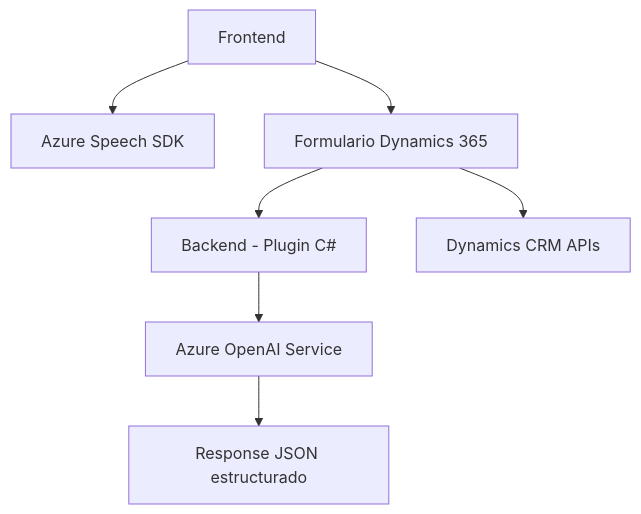
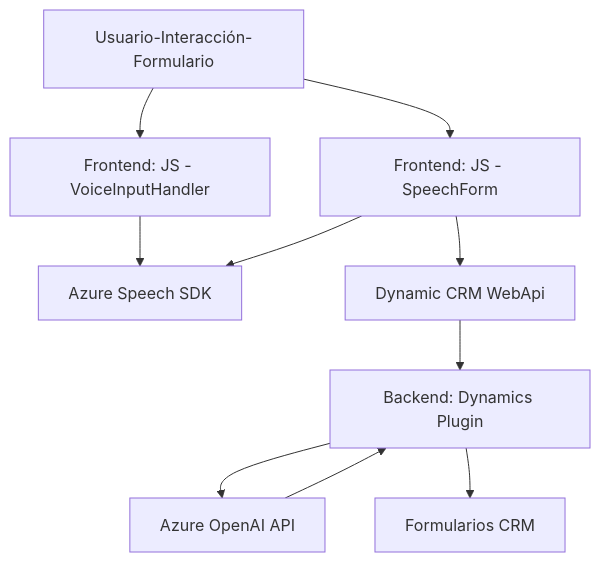
One commit to blopezdm/NETCORE_BILBAO2025 changed the diagram in README.md. Above: the diagram before and after it, drawn with Mermaid. The commit also changed other lines of this file, not shown here.

````diff
--- a/README.md
+++ b/README.md
@@ -30,9 +49,21 @@
 ```mermaid
 graph TD
-A["Frontend"] --> B["Azure Speech SDK"]
-A --> C["Formulario Dynamics 365"]
-C --> D["Backend - Plugin C#"]
-D --> E["Azure OpenAI Service"]
-C --> F["Dynamics CRM APIs"]
-E --> G["Response JSON estructurado"]
+    A["Usuario-Interacción-Formulario"]
+    B["Frontend: JS - VoiceInputHandler"]
+    C["Frontend: JS - SpeechForm"]
+    D["Azure Speech SDK"]
+    E["Backend: Dynamics Plugin"]
+    F["Azure OpenAI API"]
+    G["Dynamic CRM WebApi"]
+    H["Formularios CRM"]
+
+    A --> B
+    A --> C
+    B --> D
+    C --> D
+    C --> G
+    E --> F
+    F --> E
+    G --> E
+    E --> H
 ```
````
